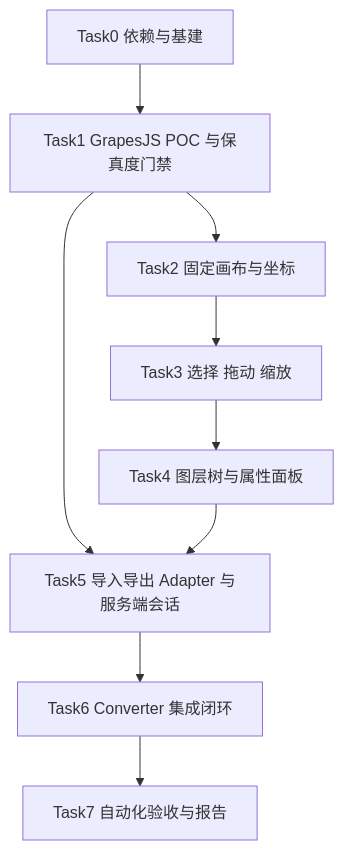
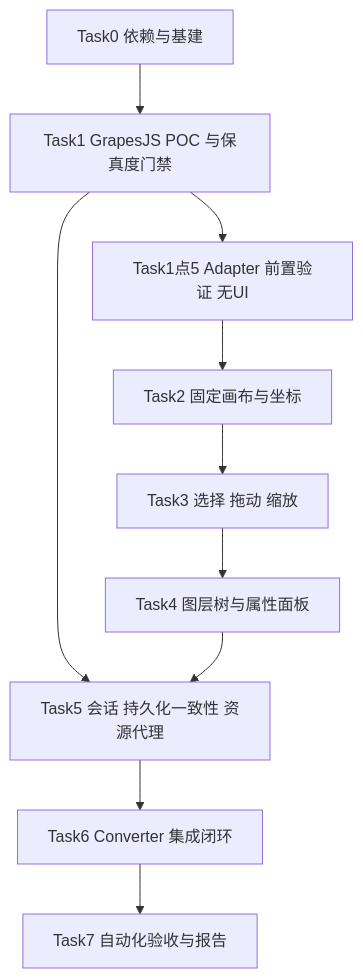
Before and after one commit to mickorz/fairygui-html-renderer: the second of 3 diagrams in dev-docs/planning/2026-11-04-UI编辑器P0执行计划.md, drawn with Mermaid. The commit also changed other lines of this file, not shown here.

````diff
--- a/dev-docs/planning/2026-11-04-UI编辑器P0执行计划.md
+++ b/dev-docs/planning/2026-11-04-UI编辑器P0执行计划.md
@@ -238,11 +250,12 @@
 ```mermaid
 flowchart TD
     T0[Task0 依赖与基建] --> T1[Task1 GrapesJS POC 与保真度门禁]
-    T1 --> T2[Task2 固定画布与坐标]
+    T1 --> T15[Task1点5 Adapter 前置验证 无UI]
+    T15 --> T2[Task2 固定画布与坐标]
     T2 --> T3[Task3 选择 拖动 缩放]
     T3 --> T4[Task4 图层树与属性面板]
-    T1 --> T5[Task5 导入导出 Adapter 与服务端会话]
+    T1 --> T5[Task5 会话 持久化一致性 资源代理]
     T4 --> T5
     T5 --> T6[Task6 Converter 集成闭环]
     T6 --> T7[Task7 自动化验收与报告]
 ```
````
